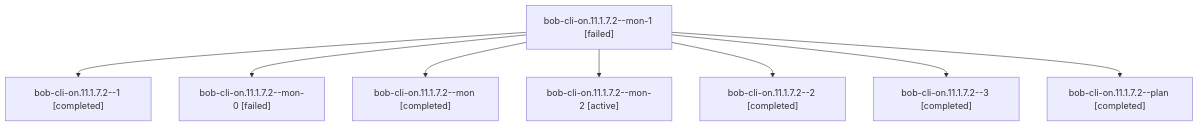
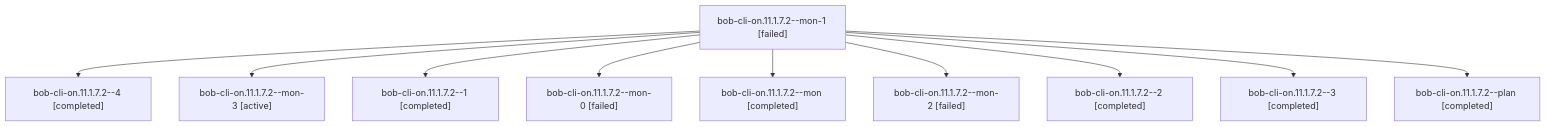
One commit to bobs-org/bob-cli--agents changed the diagram in sessions/bbugyi200.athena.bob-cli-on.11.1.7.2.md. Above: the diagram before and after it, drawn with Mermaid. The commit also changed other lines of this file and 166 other files, not shown here.

````diff
--- a/sessions/bbugyi200.athena.bob-cli-on.11.1.7.2.md
+++ b/sessions/bbugyi200.athena.bob-cli-on.11.1.7.2.md
@@ -9,18 +9,22 @@
 ```mermaid
 flowchart TD
   n0["bob-cli-on.11.1.7.2--mon-1 [failed]"]
-  n1["bob-cli-on.11.1.7.2--1 [completed]"]
+  n1["bob-cli-on.11.1.7.2--4 [completed]"]
   n0 --> n1
-  n2["bob-cli-on.11.1.7.2--mon-0 [failed]"]
+  n2["bob-cli-on.11.1.7.2--mon-3 [active]"]
   n0 --> n2
-  n3["bob-cli-on.11.1.7.2--mon [completed]"]
+  n3["bob-cli-on.11.1.7.2--1 [completed]"]
   n0 --> n3
-  n4["bob-cli-on.11.1.7.2--mon-2 [active]"]
+  n4["bob-cli-on.11.1.7.2--mon-0 [failed]"]
   n0 --> n4
-  n5["bob-cli-on.11.1.7.2--2 [completed]"]
+  n5["bob-cli-on.11.1.7.2--mon [completed]"]
   n0 --> n5
-  n6["bob-cli-on.11.1.7.2--3 [completed]"]
+  n6["bob-cli-on.11.1.7.2--mon-2 [failed]"]
   n0 --> n6
-  n7["bob-cli-on.11.1.7.2--plan [completed]"]
+  n7["bob-cli-on.11.1.7.2--2 [completed]"]
   n0 --> n7
+  n8["bob-cli-on.11.1.7.2--3 [completed]"]
+  n0 --> n8
+  n9["bob-cli-on.11.1.7.2--plan [completed]"]
+  n0 --> n9
 ```
````
